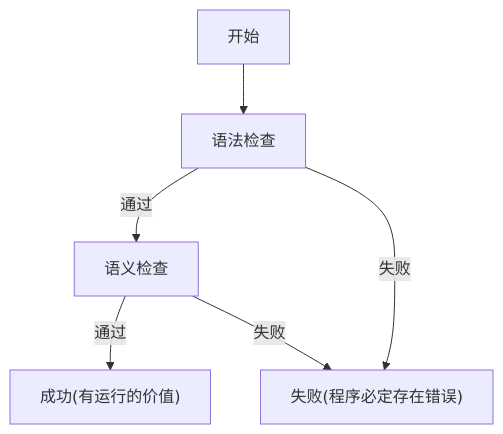
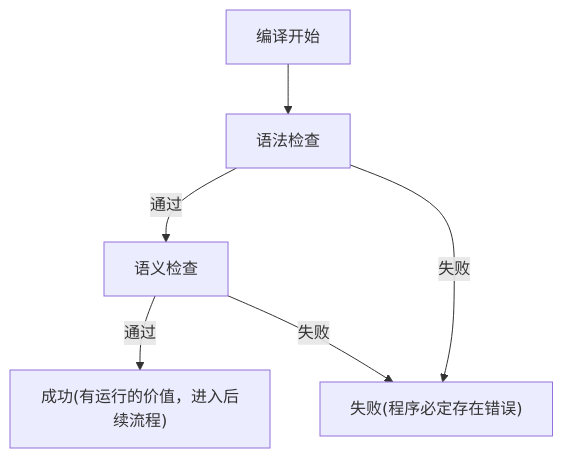
Before and after one commit to suica/write-you-a-typescript: the first of 3 diagrams in docs/docs/tutorial-chapter-1/introduction.md, drawn with Mermaid. The commit also changed other lines of this file, not shown here.

````diff
--- a/docs/docs/tutorial-chapter-1/introduction.md
+++ b/docs/docs/tutorial-chapter-1/introduction.md
@@ -35,13 +37,13 @@
 ```mermaid
 graph TB    
-    Start[开始]
+    Start[编译开始]
     SyntaxCheck[语法检查]
     SemanticCheck[语义检查]
-    Success["成功(有运行的价值)"]
+    Success["成功(有运行的价值，进入后续流程)"]
     Failure["失败(程序必定存在错误)"]
 
     Start --> SyntaxCheck
     SyntaxCheck -->|通过| SemanticCheck -->|通过| Success
     SemanticCheck -->|失败| Failure
     SyntaxCheck -->|失败| Failure
 ```
````
